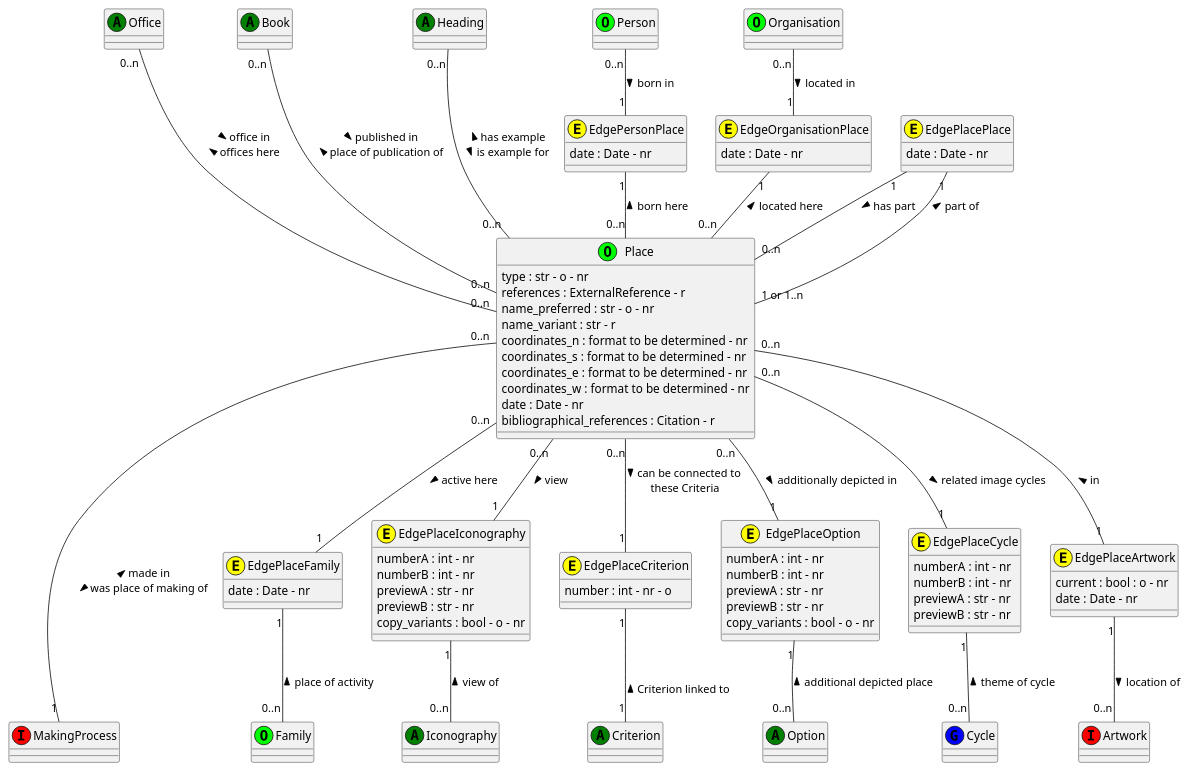
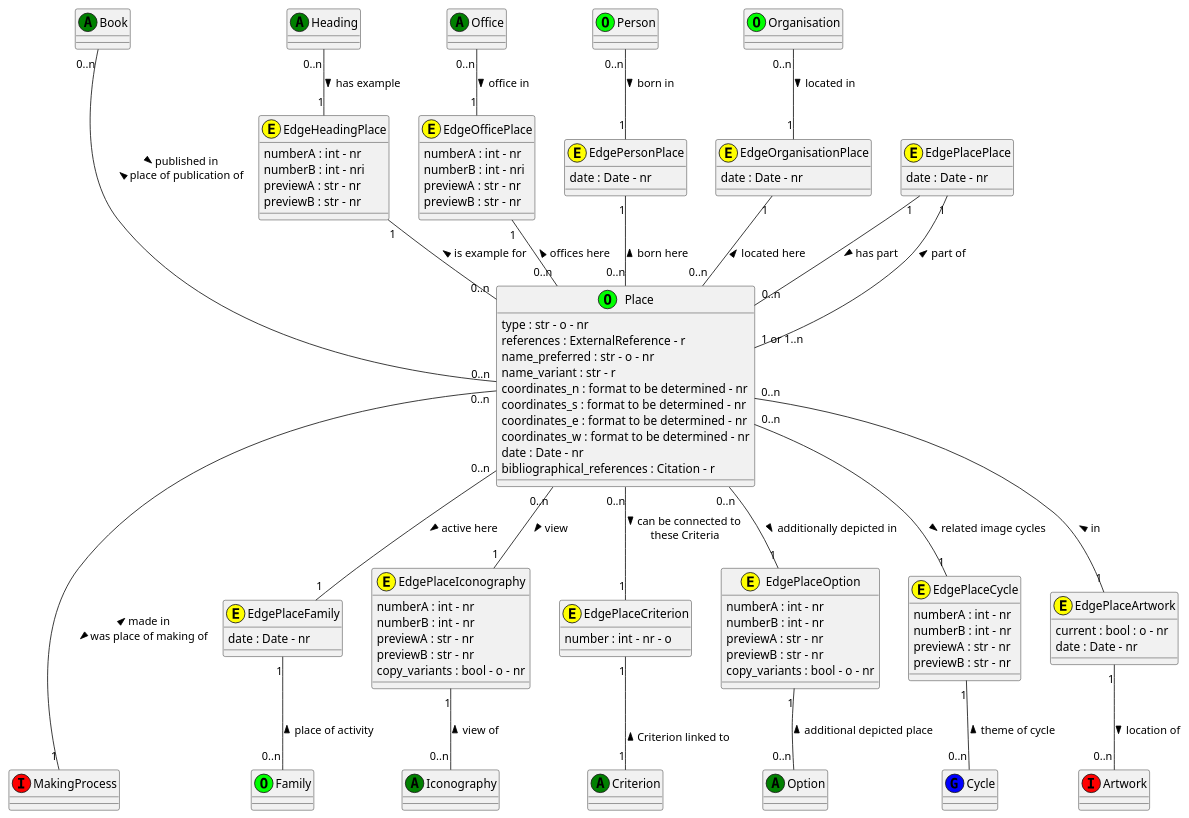
One commit to tmasch/bpf_be changed the diagram in documentation/class_diagrams/Place.wsd. Above: the diagram before and after it, drawn with PlantUML. The commit also changed 21 other files, not shown here.

```diff
--- a/documentation/class_diagrams/Place.wsd
+++ b/documentation/class_diagrams/Place.wsd
@@ -1,117 +1,130 @@
 @startuml Place 
 
 class Place <<(O,lime)>>
 Place : type : str - o - nr
 Place : references : ExternalReference - r
 Place : name_preferred : str - o - nr
 Place : name_variant : str - r
 Place : coordinates_n : format to be determined - nr
 Place : coordinates_s : format to be determined - nr
 Place : coordinates_e : format to be determined - nr
 Place : coordinates_w : format to be determined - nr
 Place : date : Date - nr
 Place : bibliographical_references : Citation - r
 
 
 class Person <<(O,lime)>>
 
 class Family <<(O,lime)>>
 
 class Office <<(A,green)>>
 
 class Organisation <<(O,lime)>>
 
 class Place <<(O,lime)>>
 
 class Iconography <<(A,green)>>
 
 class Option <<(A,green)>>
     
 class Criterion <<(A,green)>>
 
 class Cycle <<(G,blue)>>
 
 class Book <<(A,green)>>
 
 class Heading <<(A,green)>>
 
 class MakingProcess <<(I,red)>>
 
 class Artwork <<(I,red)>>
+
+class EdgeHeadingPlace  <<(E,yellow)>>
+EdgeHeadingPlace : numberA : int - nr
+EdgeHeadingPlace : numberB : int - nri
+EdgeHeadingPlace : previewA : str - nr
+EdgeHeadingPlace : previewB : str - nr
+
+class EdgeOfficePlace  <<(E,yellow)>>
+EdgeOfficePlace : numberA : int - nr
+EdgeOfficePlace : numberB : int - nri
+EdgeOfficePlace : previewA : str - nr
+EdgeOfficePlace : previewB : str - nr
 
 class EdgePersonPlace <<(E,yellow)>>
 EdgePersonPlace : date : Date - nr
 
 class EdgePlaceFamily <<(E,yellow)>>
 EdgePlaceFamily : date : Date - nr
 
 class EdgeOrganisationPlace <<(E,yellow)>>
 EdgeOrganisationPlace : date : Date - nr
 
 class EdgePlacePlace <<(E,yellow)>>
 EdgePlacePlace : date : Date - nr
 
 class EdgePlaceIconography <<(E,yellow)>>
 EdgePlaceIconography : numberA : int - nr
 EdgePlaceIconography : numberB : int - nr
 EdgePlaceIconography : previewA : str - nr
 EdgePlaceIconography : previewB : str - nr
 EdgePlaceIconography : copy_variants : bool - o - nr
 
 class EdgePlaceCriterion <<(E,yellow)>>
 EdgePlaceCriterion : number : int - nr - o 
 
 class EdgePlaceOption <<(E,yellow)>>
 EdgePlaceOption : numberA : int - nr
 EdgePlaceOption : numberB : int - nr
 EdgePlaceOption : previewA : str - nr
 EdgePlaceOption : previewB : str - nr
 EdgePlaceOption : copy_variants : bool - o - nr
 
 class EdgePlaceCycle <<(E,yellow)>>
 EdgePlaceCycle : numberA : int - nr
 EdgePlaceCycle : numberB : int - nr
 EdgePlaceCycle : previewA : str - nr
 EdgePlaceCycle : previewB : str - nr
 
 class EdgePlaceArtwork <<(E,yellow)>>
 EdgePlaceArtwork : current : bool : o - nr
 EdgePlaceArtwork : date : Date - nr
 
 Person "0..n" -- "1" EdgePersonPlace : born in >
 EdgePersonPlace "1" -- "0..n" Place : born here <
 
 Place "0..n" -- "1" EdgePlaceFamily: active here >
 EdgePlaceFamily "1" -- "0..n" Family : place of activity <
 
-Office "0..n" --- "0..n" Place : > office in \n offices here <
+Office "0..n" -- "1" EdgeOfficePlace : > office in
+EdgeOfficePlace "1" -- "0..n" Place :  offices here <
 
 Organisation "0..n" -- "1" EdgeOrganisationPlace : located in >
 EdgeOrganisationPlace "1" -- "0..n" Place : located here <
 
 EdgePlacePlace "1" -- "0..n" Place : has part >
 EdgePlacePlace "1" -- "1 or 1..n" Place : part of <
 
 Place "0..n" -- "1" EdgePlaceIconography : view >
 EdgePlaceIconography "1" -- "0..n" Iconography : view of <
 
 Place "0..n" -- "1" EdgePlaceCriterion : > can be connected to \n these Criteria 
 EdgePlaceCriterion "1" -- "1" Criterion : \n Criterion linked to <
 
 Place "0..n" -- "1" EdgePlaceOption : additionally depicted in >
 EdgePlaceOption "1" -- "0..n" Option : additional depicted place <
 
-
 Place "0..n" -- "1" EdgePlaceCycle : related image cycles >
 EdgePlaceCycle "1" -- "0..n" Cycle : theme of cycle <
 
 Book "0..n" --- "0..n" Place : > published in  \n place of publication of <
 
-Heading "0..n" --- "0..n" Place : < has example \n is example for >
+Heading "0..n" -- "1" EdgeHeadingPlace : > has example
+EdgeHeadingPlace "1" -- "0..n" Place :  is example for <
 
 Place "0..n" --- "1" MakingProcess : < made in \n was place of making of >
 
 Place "0..n" -- "1" EdgePlaceArtwork : < in
 EdgePlaceArtwork  "1" -- "0..n" Artwork :   location of >
 
 @enduml 
```
